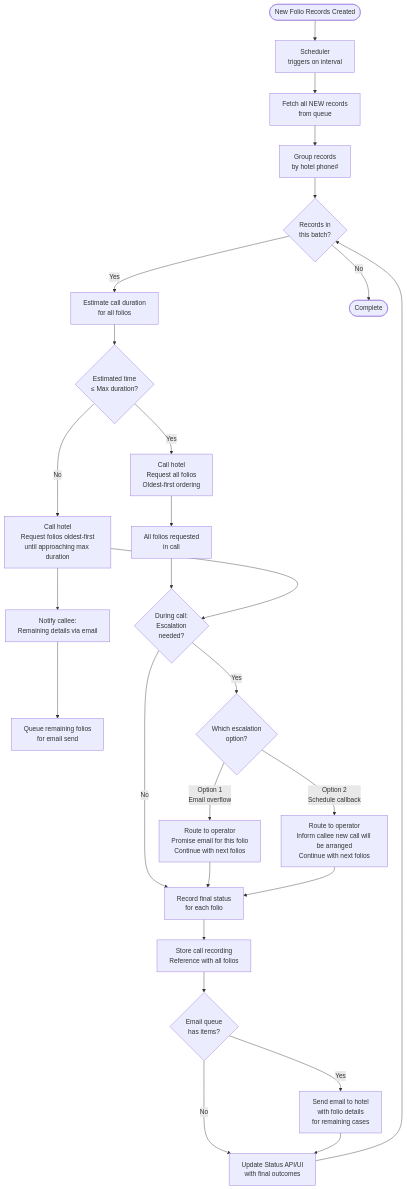
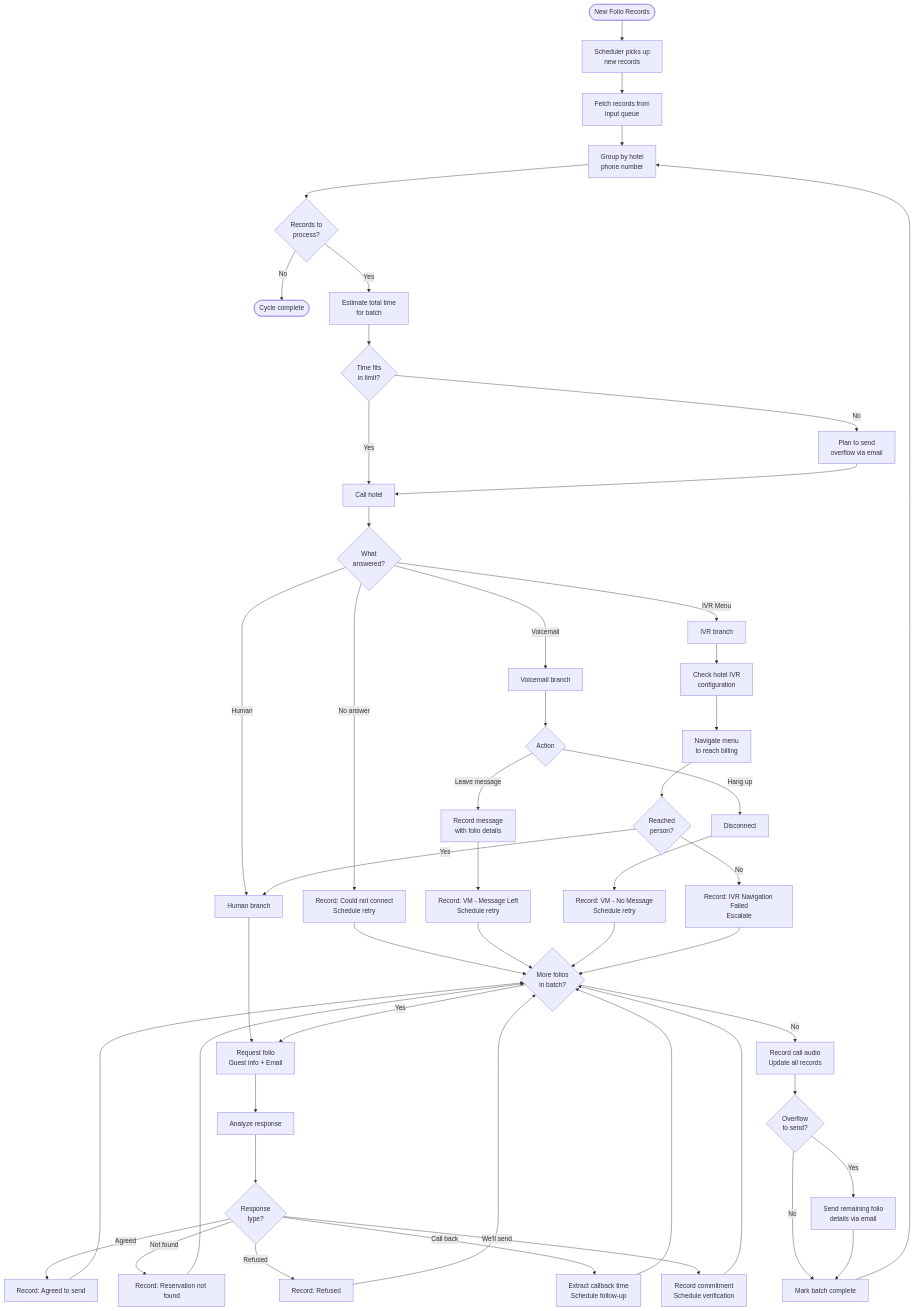
The second of 5 diagrams in Folio-architecture.md (Org-for-Folio-AI/FolioAISpecs), drawn with Mermaid before and after one commit. The commit also changed other lines of this file and 1 other file, not shown here.

First line of the commit message:
Refine Folio spec: remove phases, add IVR handling, create logical architecture

````diff
--- a/Folio-architecture.md
+++ b/Folio-architecture.md
@@ -69,41 +133,66 @@
 ```mermaid
 flowchart TD
-    Start([New Folio Records Created]) --> Schedule["Scheduler<br/>triggers on interval"]
+    Start([New Folio Records]) --> Schedule["Scheduler picks up<br/>new records"]
 
-    Schedule --> Fetch["Fetch all NEW records<br/>from queue"]
-    Fetch --> Group["Group records<br/>by hotel phone#"]
+    Schedule --> Fetch["Fetch records from<br/>input queue"]
+    Fetch --> Group["Group by hotel<br/>phone number"]
 
-    Group --> Batch{Records in<br/>this batch?}
-    Batch -->|Yes| Estimate["Estimate call duration<br/>for all folios"]
-    Batch -->|No| End1([Complete])
+    Group --> Batch{Records to<br/>process?}
+    Batch -->|No| End1([Cycle complete])
+    Batch -->|Yes| Estimate["Estimate total time<br/>for batch"]
 
-    Estimate --> DurationCheck{Estimated time<br/>≤ Max duration?}
+    Estimate --> DurationCheck{Time fits<br/>in limit?}
 
-    DurationCheck -->|Yes| CallAll["Call hotel<br/>Request all folios<br/>Oldest-first ordering"]
-    DurationCheck -->|No| CallPartial["Call hotel<br/>Request folios oldest-first<br/>until approaching max duration"]
+    DurationCheck -->|Yes| CallHotel["Call hotel"]
+    DurationCheck -->|No| PlanOverflow["Plan to send<br/>overflow via email"]
 
-    CallAll --> Result1["All folios requested<br/>in call"]
-    CallPartial --> NotifyEmail["Notify callee:<br/>Remaining details via email"]
-    NotifyEmail --> EmailQueue["Queue remaining folios<br/>for email send"]
+    CallHotel --> DetectConn{What<br/>answered?}
+    PlanOverflow --> CallHotel
 
-    Result1 --> CallExecution{During call:<br/>Escalation<br/>needed?}
-    CallPartial --> CallExecution
+    DetectConn -->|No answer| NoConn["Record: Could not connect<br/>Schedule retry"]
+    DetectConn -->|Voicemail| VMBranch["Voicemail branch"]
+    DetectConn -->|IVR Menu| IVRBranch["IVR branch"]
+    DetectConn -->|Human| HumanBranch["Human branch"]
 
-    CallExecution -->|Yes| EscalationChoice{Which escalation<br/>option?}
-    CallExecution -->|No| RecordStatus["Record final status<br/>for each folio"]
+    VMBranch --> VMChoice{Action}
+    VMChoice -->|Leave message| LeaveMsg["Record message<br/>with folio details"]
+    VMChoice -->|Hang up| HangVM["Disconnect"]
+    LeaveMsg --> VMStatus["Record: VM - Message Left<br/>Schedule retry"]
+    HangVM --> VMStatus2["Record: VM - No Message<br/>Schedule retry"]
 
-    EscalationChoice -->|Option 1<br/>Email overflow| Escalate1["Route to operator<br/>Promise email for this folio<br/>Continue with next folios"]
-    EscalationChoice -->|Option 2<br/>Schedule callback| Escalate2["Route to operator<br/>Inform callee new call will be arranged<br/>Continue with next folios"]
+    IVRBranch --> CheckConfig["Check hotel IVR<br/>configuration"]
+    CheckConfig --> Navigate["Navigate menu<br/>to reach billing"]
+    Navigate --> NavSuccess{Reached<br/>person?}
+    NavSuccess -->|No| IVRFail["Record: IVR Navigation Failed<br/>Escalate"]
+    NavSuccess -->|Yes| HumanBranch
 
-    Escalate1 --> RecordStatus
-    Escalate2 --> RecordStatus
+    HumanBranch --> RequestFolio["Request folio<br/>Guest info + Email"]
+    RequestFolio --> AnalyzeResponse["Analyze response"]
+    AnalyzeResponse --> ResponseType{Response<br/>type?}
 
-    RecordStatus --> RecordAudio["Store call recording<br/>Reference with all folios"]
-    RecordAudio --> SendEmail{Email queue<br/>has items?}
+    ResponseType -->|Agreed| AgreedStatus["Record: Agreed to send"]
+    ResponseType -->|Not found| NotFound["Record: Reservation not found"]
+    ResponseType -->|Refused| Refused["Record: Refused"]
+    ResponseType -->|Call back| CallbackBranch["Extract callback time<br/>Schedule follow-up"]
+    ResponseType -->|We'll send| CommitBranch["Record commitment<br/>Schedule verification"]
 
-    SendEmail -->|Yes| Email["Send email to hotel<br/>with folio details<br/>for remaining cases"]
-    SendEmail -->|No| UpdateUI["Update Status API/UI<br/>with final outcomes"]
+    NoConn --> CheckMore{More folios<br/>in batch?}
+    VMStatus --> CheckMore
+    VMStatus2 --> CheckMore
+    IVRFail --> CheckMore
+    AgreedStatus --> CheckMore
+    NotFound --> CheckMore
+    Refused --> CheckMore
+    CallbackBranch --> CheckMore
+    CommitBranch --> CheckMore
 
-    Email --> UpdateUI
-    UpdateUI --> Batch
+    CheckMore -->|Yes| RequestFolio
+    CheckMore -->|No| FinalSteps["Record call audio<br/>Update all records"]
+
+    FinalSteps --> EmailCheck{Overflow<br/>to send?}
+    EmailCheck -->|Yes| SendEmail["Send remaining folio<br/>details via email"]
+    EmailCheck -->|No| Complete["Mark batch complete"]
+
+    SendEmail --> Complete
+    Complete --> Group
 ```
````
